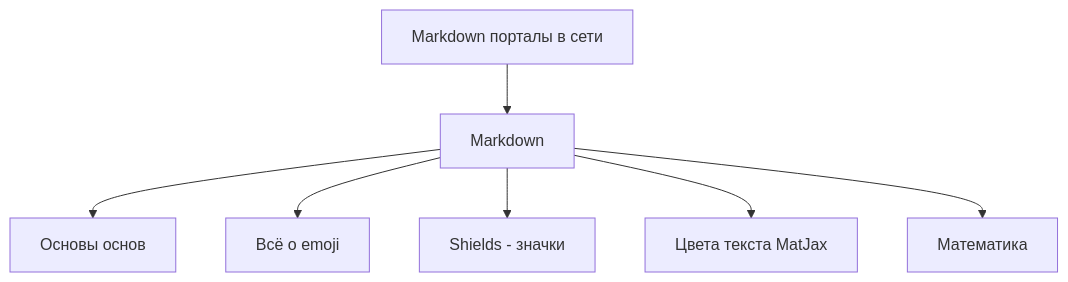
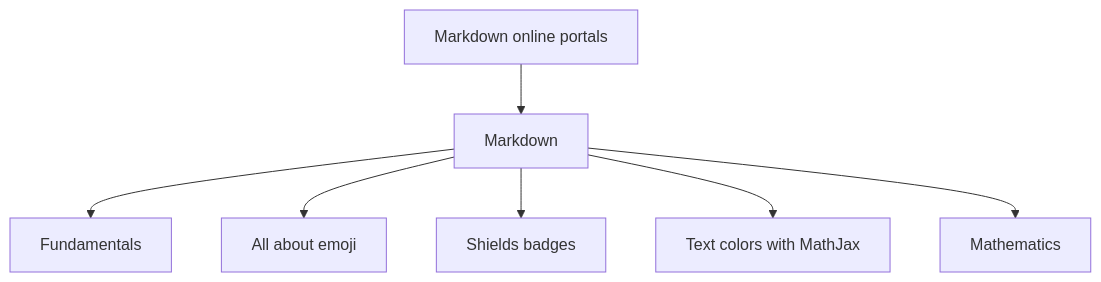
Before and after one commit to Dvurechensky/Dvurechensky: the fourth of 7 diagrams in docs/index.md, drawn with Mermaid. The commit also changed other lines of this file and 2 other files, not shown here.

````diff
--- a/docs/index.md
+++ b/docs/index.md
@@ -216,10 +219,10 @@
 ```mermaid
 graph TD
-  C[Markdown порталы в сети]
+  C[Markdown online portals]
   C --> H[Markdown]
-  H --> K[Основы основ]
-  H --> L[Всё о emoji]
-  H --> Z[Shields - значки]
-  H --> X[Цвета текста MatJax]
-  H --> V[Математика]
+  H --> K[Fundamentals]
+  H --> L[All about emoji]
+  H --> Z[Shields badges]
+  H --> X[Text colors with MathJax]
+  H --> V[Mathematics]
 ```
````
